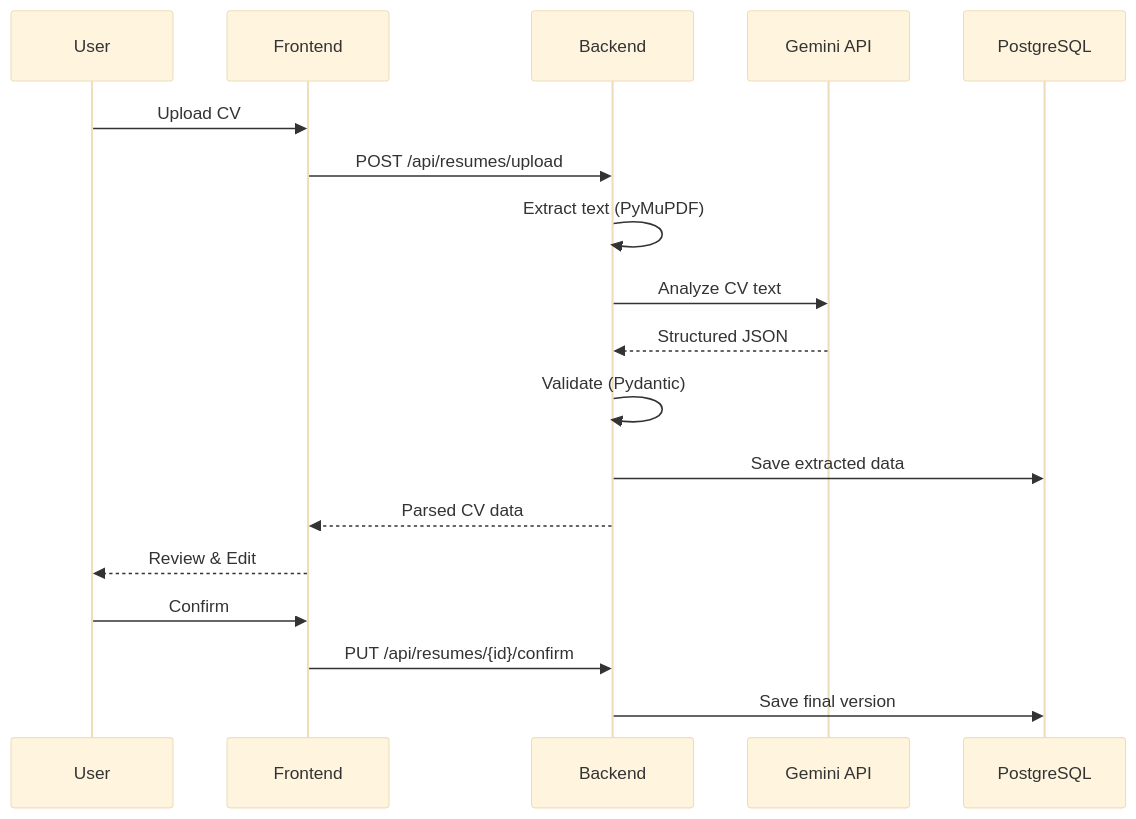
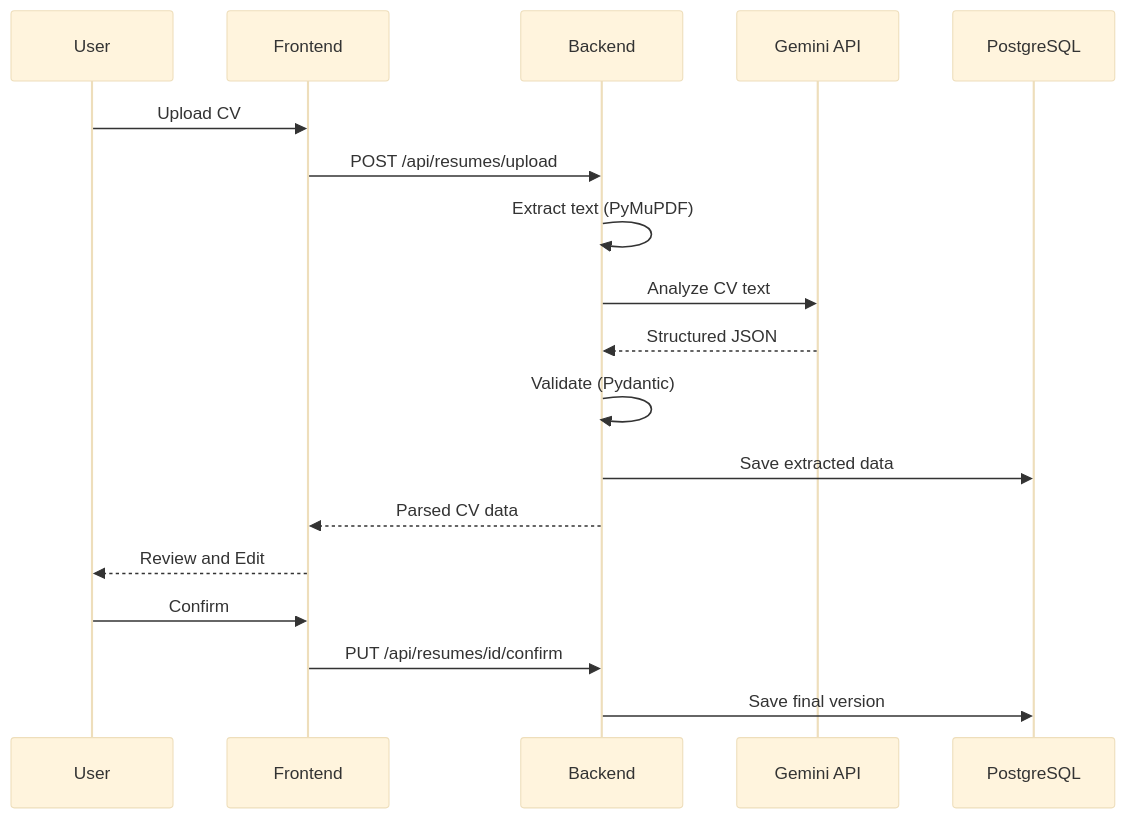
One commit to dyajaballh8/CareerPilot-AI changed the sixth of 10 diagrams in docs/CareerPilot_AI_Plan.md. Above: the diagram before and after it, drawn with Mermaid (base theme). The commit also changed other lines of this file and 1 other file, not shown here.

Commit message:
fix(docs): resolve Mermaid syntax errors for GitHub rich rendering

````diff
--- a/docs/CareerPilot_AI_Plan.md
+++ b/docs/CareerPilot_AI_Plan.md
@@ -273,21 +273,21 @@
 ```mermaid
 sequenceDiagram
     participant U as User
     participant F as Frontend
     participant B as Backend
     participant G as Gemini API
     participant DB as PostgreSQL
 
     U->>F: Upload CV
     F->>B: POST /api/resumes/upload
     B->>B: Extract text (PyMuPDF)
     B->>G: Analyze CV text
     G-->>B: Structured JSON
     B->>B: Validate (Pydantic)
     B->>DB: Save extracted data
     B-->>F: Parsed CV data
-    F-->>U: Review & Edit
+    F-->>U: Review and Edit
     U->>F: Confirm
-    F->>B: PUT /api/resumes/{id}/confirm
+    F->>B: PUT /api/resumes/id/confirm
     B->>DB: Save final version
 ```
````
